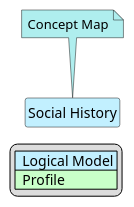
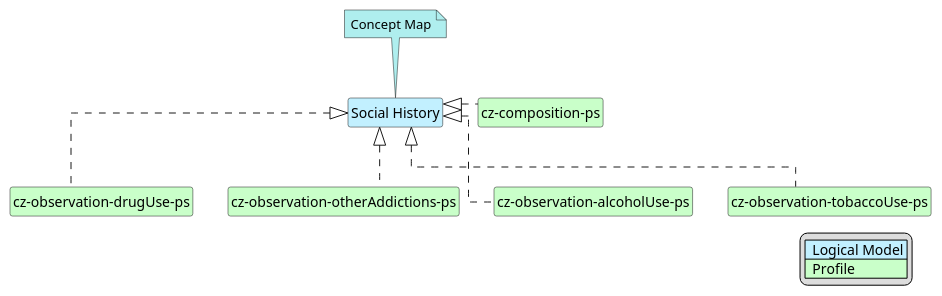
The diagram in input/images-source/PS_SocialHistory-map.plantuml (HL7-cz/ps), drawn with PlantUML before and after one commit. The commit also changed 1 other file, not shown here.

Commit message:
update medicationSummary and socialHistory maps

```diff
--- a/input/images-source/PS_SocialHistory-map.plantuml
+++ b/input/images-source/PS_SocialHistory-map.plantuml
@@ -1,27 +1,39 @@
 @startuml PS_SocialHistory-map
 hide circle
 hide stereotype
 hide members
 hide methods
 skinparam linetype ortho
 skinparam class {
 BackgroundColor<<LogicalModel>> #APPLICATION
 BackgroundColor<<Profile>> #TECHNOLOGY
 }
 legend right
 | <#APPLICATION>  Logical Model |
 | <#TECHNOLOGY>  Profile |
 endlegend
-class "Social History" <<LogicalModel>> [[StructureDefinition-LogSocialHistoryCz.html]]
+class "Social History" <<LogicalModel>> [[StructureDefinition-LogSocialHistoryCzEn.html]]
 note top #PaleTurquoise [[ConceptMap-socialHistory2FHIR-cz-ps.html]]
 Concept Map
 endnote
 ' --- Profiles mapping Alerts ---
-
+class "cz-composition-ps" <<Profile>> [[StructureDefinition-cz-composition-ps.html]]
+class "cz-observation-alcoholUse-ps" <<Profile>> [[StructureDefinition-cz-observation-alcoholUse-ps.html]]
+class "cz-observation-tobaccoUse-ps" <<Profile>> [[StructureDefinition-cz-observation-tobaccoUse-ps.html]]
+class "cz-observation-drugUse-ps" <<Profile>> [[StructureDefinition-cz-observation-drugUse-ps.html]]
+class "cz-observation-otherAddictions-ps" <<Profile>> [[StructureDefinition-cz-observation-otherAddictions-ps.html]]
 
 ' --- Realization links ---
-
+"Social History" <|. "cz-composition-ps"
+"Social History" <|. "cz-observation-alcoholUse-ps"
+"Social History" <|. "cz-observation-tobaccoUse-ps"
+"Social History" <|. "cz-observation-drugUse-ps"
+"Social History" <|. "cz-observation-otherAddictions-ps"
 
 ' ' (volitelné – skryté vazby jen pro rozložení v diagramu)
-
+"Social History" -d[hidden]-> "cz-composition-ps"
+"cz-composition-ps" -d[hidden]-> "cz-observation-alcoholUse-ps"
+"cz-composition-ps" -d[hidden]-> "cz-observation-tobaccoUse-ps"
+"cz-composition-ps" -d[hidden]-> "cz-observation-drugUse-ps"
+"cz-composition-ps" -d[hidden]-> "cz-observation-otherAddictions-ps"
 @enduml
```
